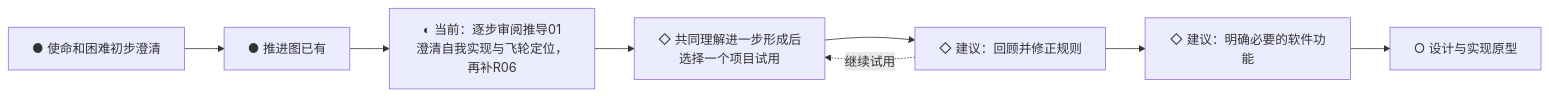
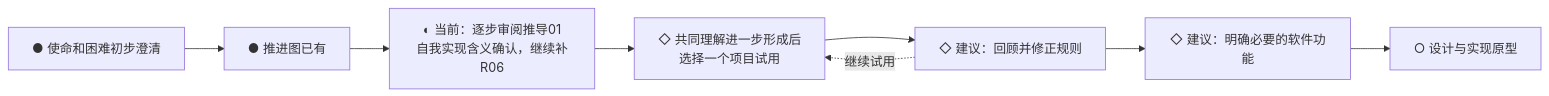
The second of 2 diagrams in 项目/人生飞轮/项目推进图.md (fangjiaqi2023-jpg/life-flywheel), drawn with Mermaid before and after one commit. The commit also changed other lines of this file, not shown here.

````diff
--- a/项目/人生飞轮/项目推进图.md
+++ b/项目/人生飞轮/项目推进图.md
@@ -38,10 +38,10 @@
 ```mermaid
 flowchart LR
     P0[● 使命和困难初步澄清] --> P1[● 推进图已有]
-    P1 --> P2[◐ 当前：逐步审阅推导01<br/>澄清自我实现与飞轮定位，再补R06]
+    P1 --> P2[◐ 当前：逐步审阅推导01<br/>自我实现含义确认，继续补R06]
     P2 --> P3[◇ 共同理解进一步形成后<br/>选择一个项目试用]
     P3 --> P4[◇ 建议：回顾并修正规则]
     P4 --> P5[◇ 建议：明确必要的软件功能]
     P5 --> P6[○ 设计与实现原型]
     P4 -.继续试用.-> P3
 ```
````
